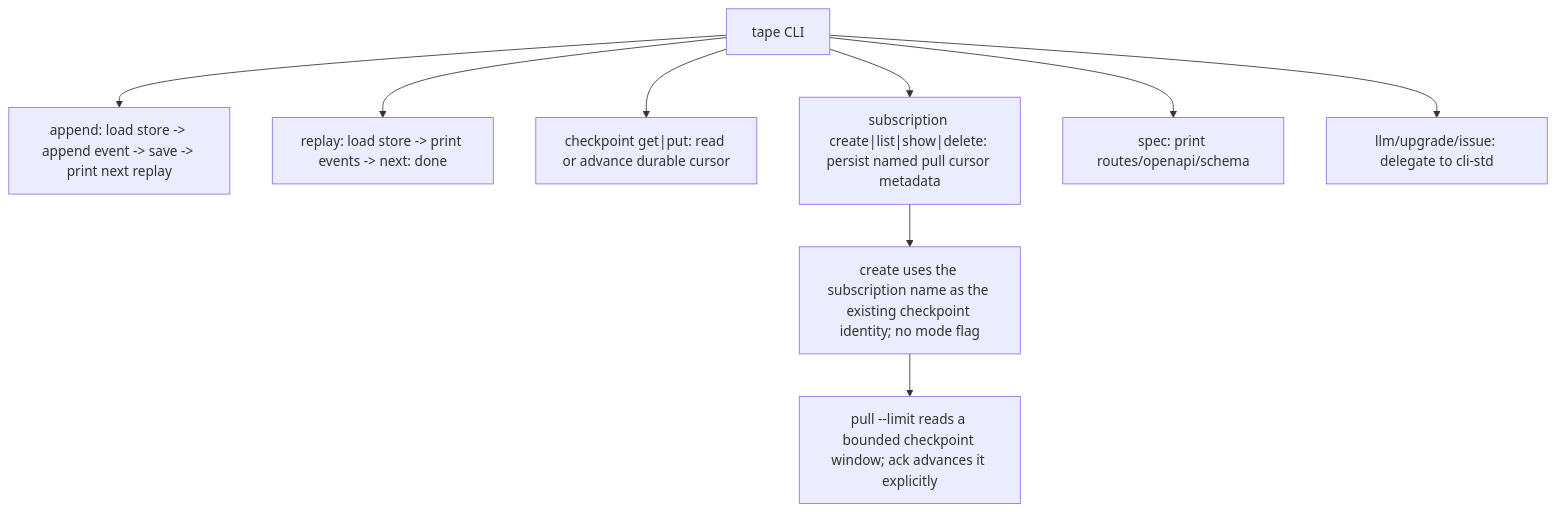
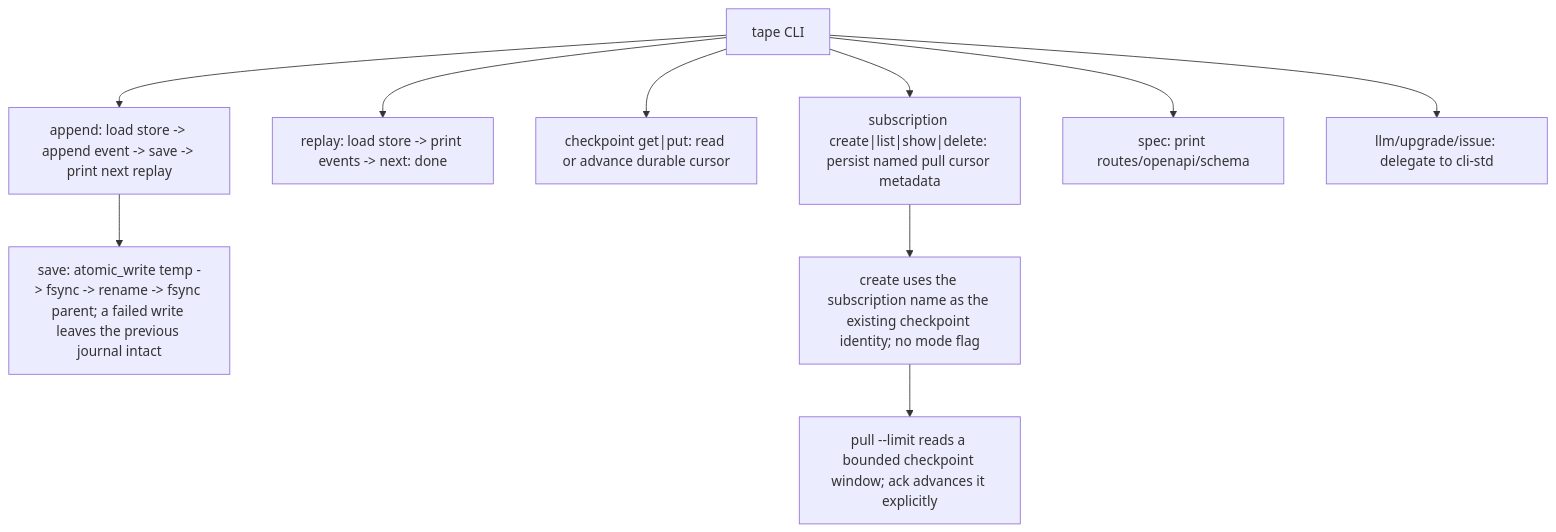
Before and after one commit to chrischeng-c4/axiom: the first of 2 diagrams in apps/tape/tech-design/semantic/source/apps-tape-src-bin-tape-rs.md, drawn with Mermaid. The commit also changed other lines of this file and 2 other files, not shown here.

````diff
--- a/apps/tape/tech-design/semantic/source/apps-tape-src-bin-tape-rs.md
+++ b/apps/tape/tech-design/semantic/source/apps-tape-src-bin-tape-rs.md
@@ -52,14 +52,15 @@
 ```mermaid
 ---
 id: tape-td-flow
 ---
 flowchart TD
     cli["tape CLI"] --> append["append: load store -> append event -> save -> print next replay"]
+    append --> save_durable["save: atomic_write temp -> fsync -> rename -> fsync parent; a failed write leaves the previous journal intact"]
     cli --> replay["replay: load store -> print events -> next: done"]
     cli --> checkpoint["checkpoint get|put: read or advance durable cursor"]
     cli --> subscription["subscription create|list|show|delete: persist named pull cursor metadata"]
     subscription --> pull_identity["create uses the subscription name as the existing checkpoint identity; no mode flag"]
     pull_identity --> pull_window["pull --limit reads a bounded checkpoint window; ack advances it explicitly"]
     cli --> spec["spec: print routes/openapi/schema"]
     cli --> std["llm/upgrade/issue: delegate to cli-std"]
 ```
````
